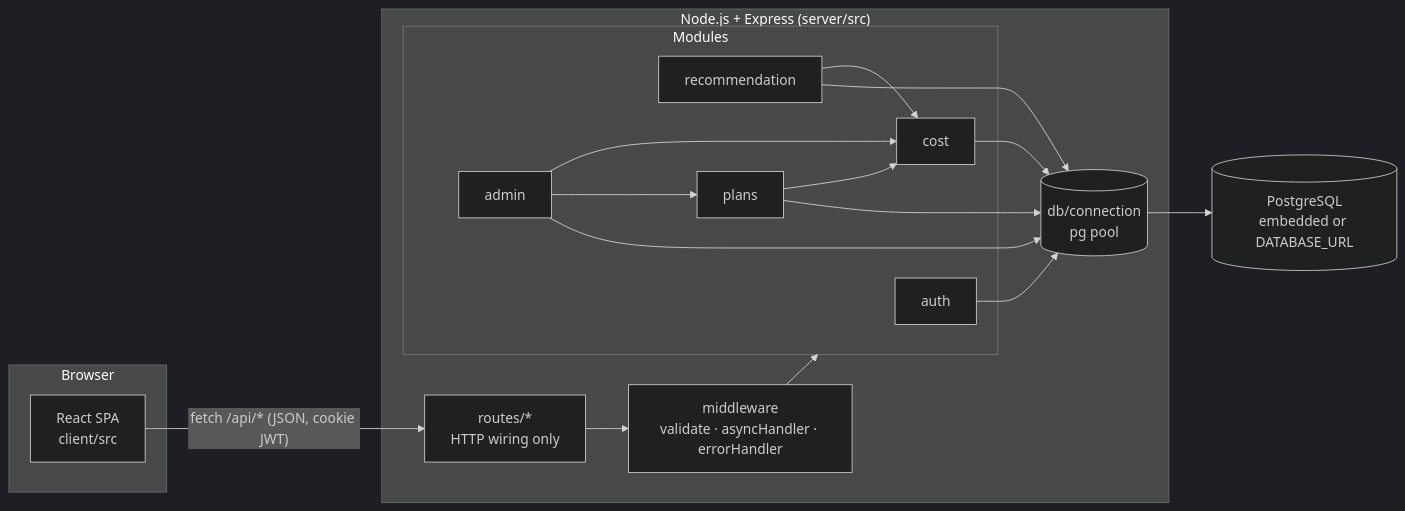
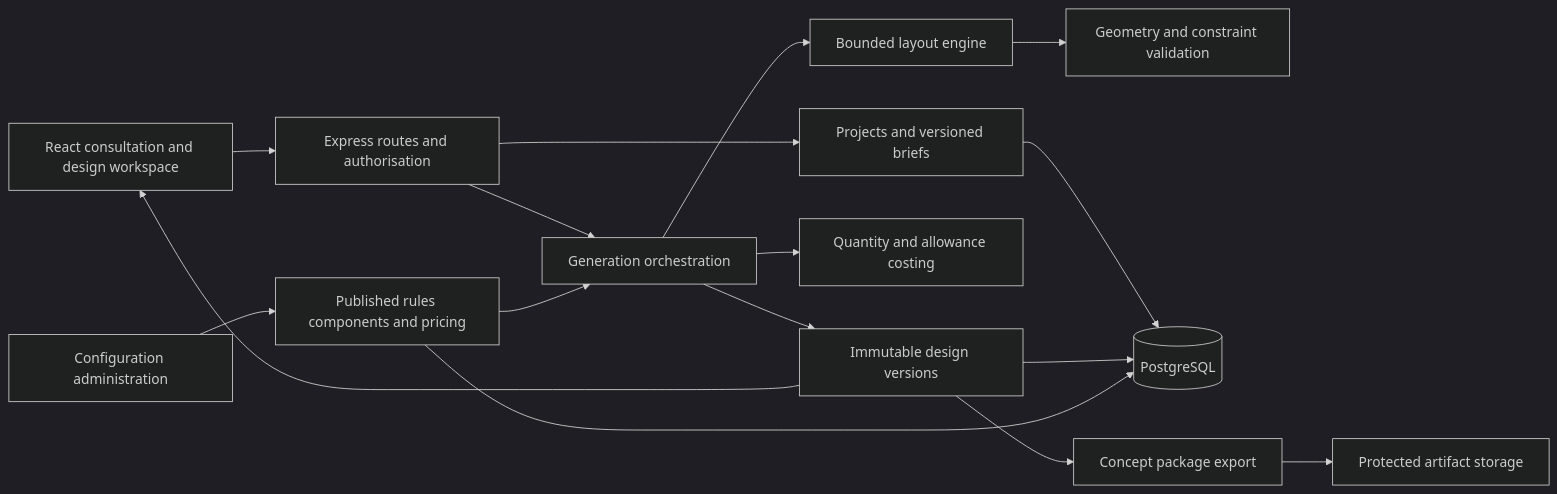
Before and after one commit to slethabo/SmartHouse: the first of 2 diagrams in docs/ARCHITECTURE.md, drawn with Mermaid (dark theme). The commit also changed other lines of this file and 52 other files, not shown here.

````diff
--- a/docs/ARCHITECTURE.md
+++ b/docs/ARCHITECTURE.md
@@ -9,34 +9,18 @@
 ```mermaid
 flowchart LR
-    subgraph Browser
-        UI[React SPA<br/>client/src]
-    end
-
-    subgraph Server["Node.js + Express (server/src)"]
-        R[routes/*<br/>HTTP wiring only]
-        MW[middleware<br/>validate · asyncHandler · errorHandler]
-        subgraph Modules
-            AUTH[auth]
-            REC[recommendation]
-            COST[cost]
-            PLANS[plans]
-            ADMIN[admin]
-        end
-        DB[(db/connection<br/>pg pool)]
-    end
-
-    PG[(PostgreSQL<br/>embedded or DATABASE_URL)]
-
-    UI -- "fetch /api/* (JSON, cookie JWT)" --> R
-    R --> MW --> Modules
-    AUTH --> DB
-    REC --> COST
-    REC --> DB
-    PLANS --> COST
-    PLANS --> DB
-    ADMIN --> COST
-    ADMIN --> PLANS
-    ADMIN --> DB
-    COST --> DB
-    DB --> PG
+    UI[React consultation and design workspace] --> API[Express routes and authorisation]
+    API --> P[Projects and versioned briefs]
+    API --> G[Generation orchestration]
+    G --> E[Bounded layout engine]
+    E --> V[Geometry and constraint validation]
+    G --> C[Quantity and allowance costing]
+    G --> D[Immutable design versions]
+    P --> DB[(PostgreSQL)]
+    D --> DB
+    A[Configuration administration] --> R[Published rules components and pricing]
+    R --> DB
+    R --> G
+    D --> UI
+    D --> X[Concept package export]
+    X --> S[Protected artifact storage]
 ```
````
